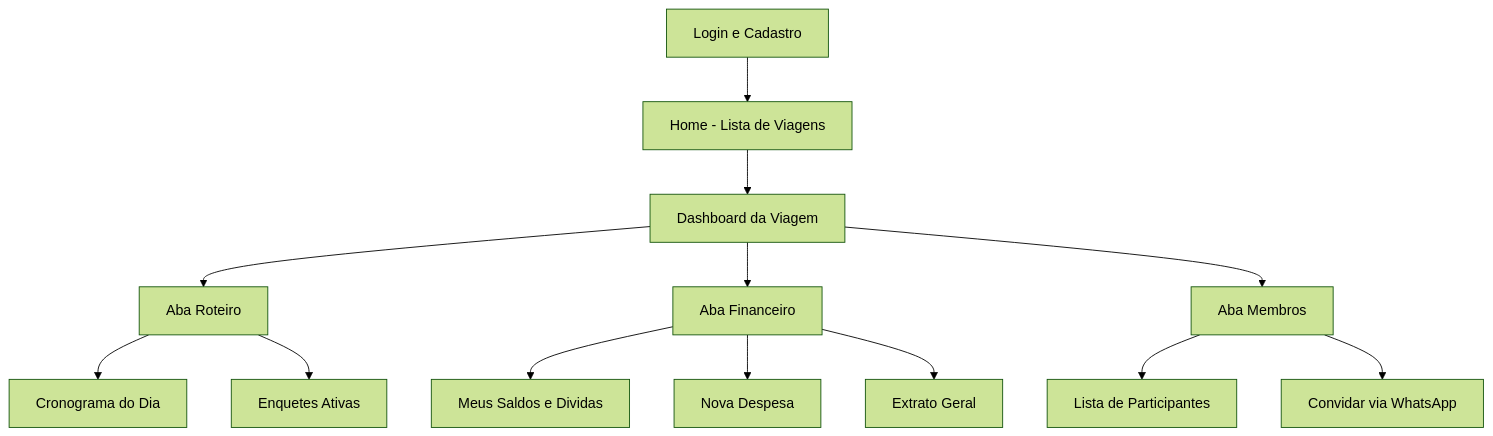
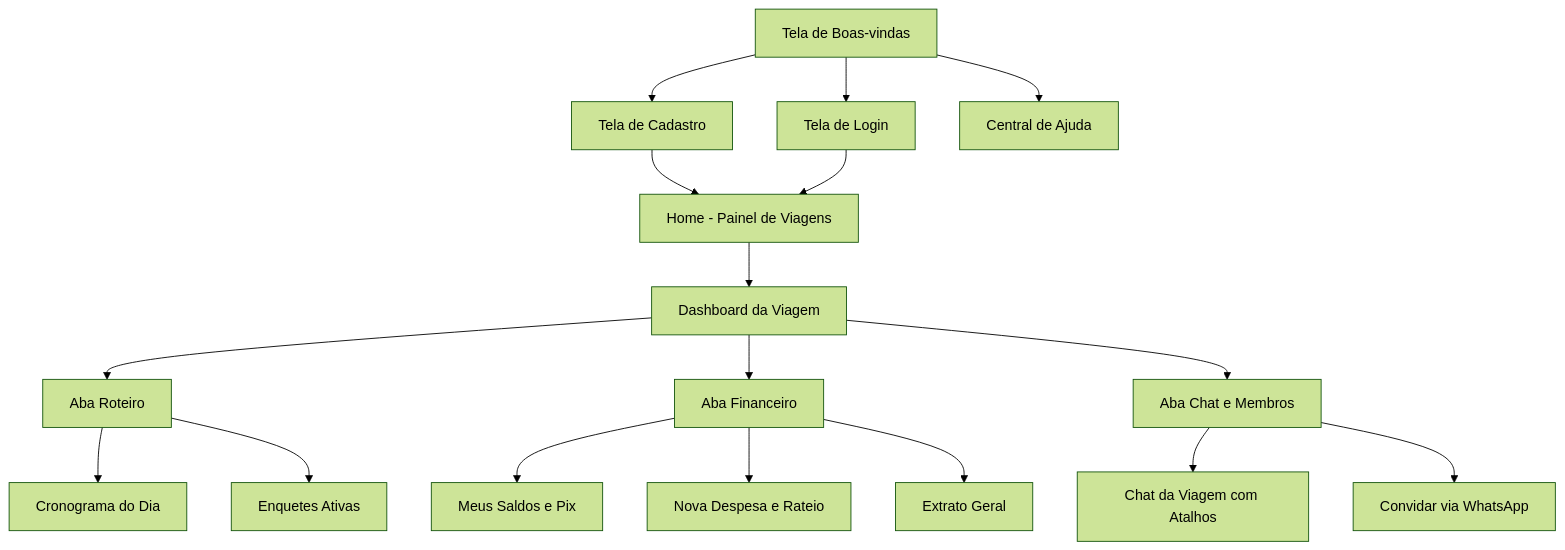
One commit to luigibernardodeoliveira-dot/EXPERIENCIA_DO_USUARIO_E_FRONT-END changed the first of 6 diagrams in docs/8_arquitetura_fluxo.md. Above: the diagram before and after it, drawn with Mermaid (forest theme). The commit also changed other lines of this file, not shown here.

````diff
--- a/docs/8_arquitetura_fluxo.md
+++ b/docs/8_arquitetura_fluxo.md
@@ -16,15 +19,19 @@
 ```mermaid
 graph TD
-    A[Login e Cadastro] --> B[Home - Lista de Viagens]
+    A[Tela de Boas-vindas] --> A1[Tela de Cadastro]
+    A --> A2[Tela de Login]
+    A --> A3[Central de Ajuda]
+    A1 --> B[Home - Painel de Viagens]
+    A2 --> B
     B --> C[Dashboard da Viagem]
     C --> D[Aba Roteiro]
     D --> D1[Cronograma do Dia]
     D --> D2[Enquetes Ativas]
     C --> E[Aba Financeiro]
-    E --> E1[Meus Saldos e Dividas]
-    E --> E2[Nova Despesa]
+    E --> E1[Meus Saldos e Pix]
+    E --> E2[Nova Despesa e Rateio]
     E --> E3[Extrato Geral]
-    C --> F[Aba Membros]
-    F --> F1[Lista de Participantes]
+    C --> F[Aba Chat e Membros]
+    F --> F1[Chat da Viagem com Atalhos]
     F --> F2[Convidar via WhatsApp]
 ```
````
